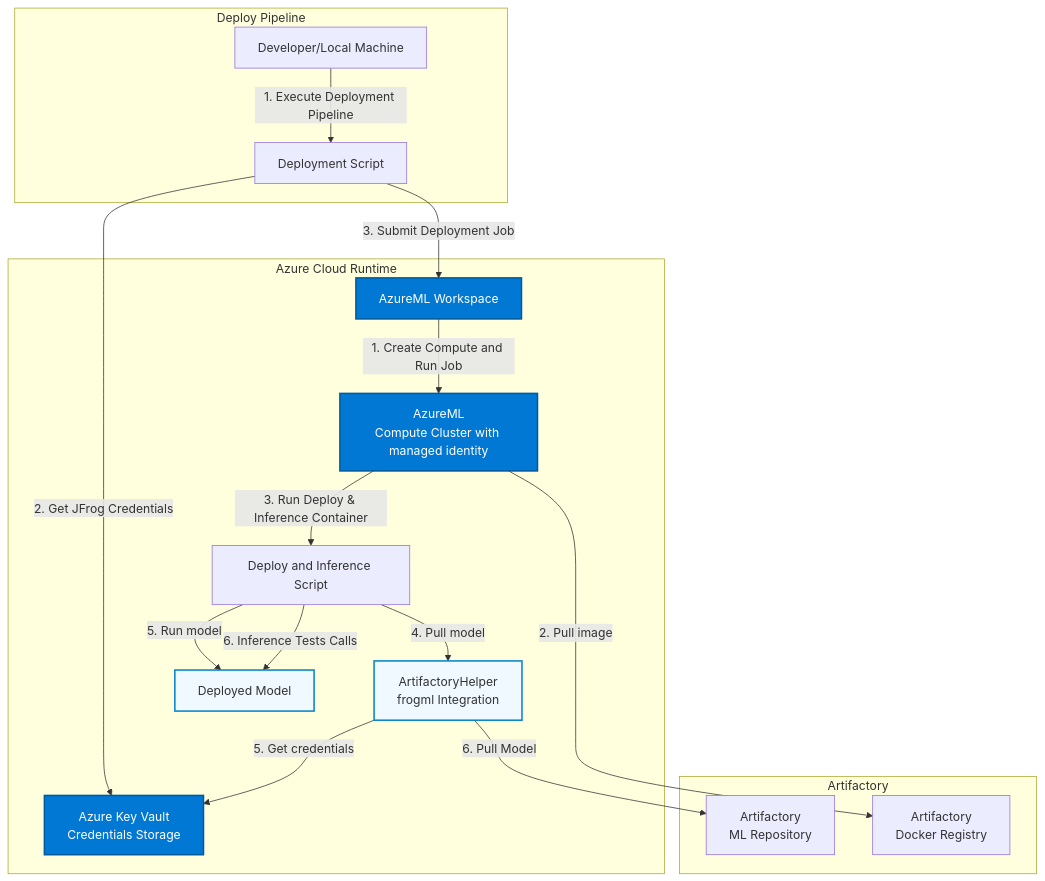
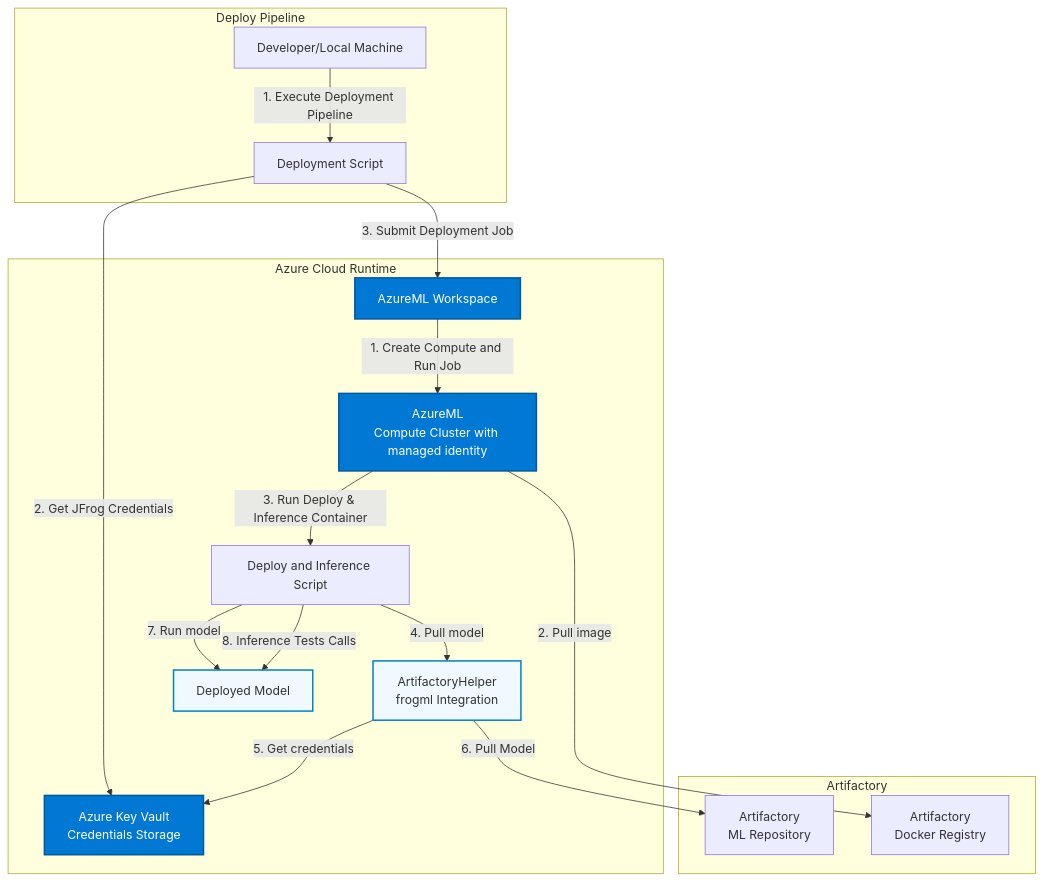
One commit to jfrog/JFrog-AzureML-integration changed the second of 4 diagrams in README.md. Above: the diagram before and after it, drawn with Mermaid. The commit also changed other lines of this file, not shown here.

Commit message:
README: sequence diagram

````diff
--- a/README.md
+++ b/README.md
@@ -81,46 +81,46 @@
 ```mermaid
 graph TB
     subgraph "Deploy Pipeline"
         DeploymentDev[Developer/Local Machine]
         DeployPipelineScript[Deployment Script]
     end
     subgraph "Artifactory"
         ArtifactoryML[Artifactory<br/>ML Repository]
         ArtifactoryDocker2[Artifactory<br/>Docker Registry]
     end
     subgraph "Azure Cloud Runtime"
         ArtifactoryHelper[ArtifactoryHelper<br/>frogml Integration]
         KV[Azure Key Vault<br/>Credentials Storage]
         AML[AzureML Workspace]
         Compute[AzureML<br/>Compute Cluster with managed identity]
         deploy_and_inference[Deploy and Inference Script]
         Model[Deployed Model]
 
     end
 
     %% Deployment Phase Flow
     DeploymentDev -->|1. Execute Deployment Pipeline| DeployPipelineScript
     DeployPipelineScript -->|2. Get JFrog Credentials| KV
     DeployPipelineScript -->|3. Submit Deployment Job| AML
 
     %% Runtime Phase Flow    
     AML -->|1. Create Compute and Run Job| Compute
     Compute -->|2. Pull image  | ArtifactoryDocker2
     Compute -->|3. Run Deploy & Inference Container| deploy_and_inference
     deploy_and_inference -->|4. Pull model| ArtifactoryHelper    
     ArtifactoryHelper -->|5. Get credentials| KV
     ArtifactoryHelper -->|6. Pull Model| ArtifactoryML
-    deploy_and_inference -->|5. Run model| Model
-    deploy_and_inference -->|6. Inference Tests Calls| Model    
+    deploy_and_inference -->|7. Run model| Model
+    deploy_and_inference -->|8. Inference Tests Calls| Model    
 
     %% Styling
     classDef Deploy Pipeline fill:#e1f5ff,stroke:#01579b,stroke-width:2px
     classDef azure fill:#0078d4,stroke:#005a9e,stroke-width:2px,color:#fff
     classDef artifactory fill:#40a9ff,stroke:#096dd9,stroke-width:2px
     classDef runtime fill:#f0f9ff,stroke:#0284c7,stroke-width:2px
 
     class DeploymentDev,DeployPipelineScript,Deploy Pipeline
     class KV,AML,Compute,MI azure
     class Container,TrainScript,ArtifactoryHelper,Model runtime
 
 ```
````
